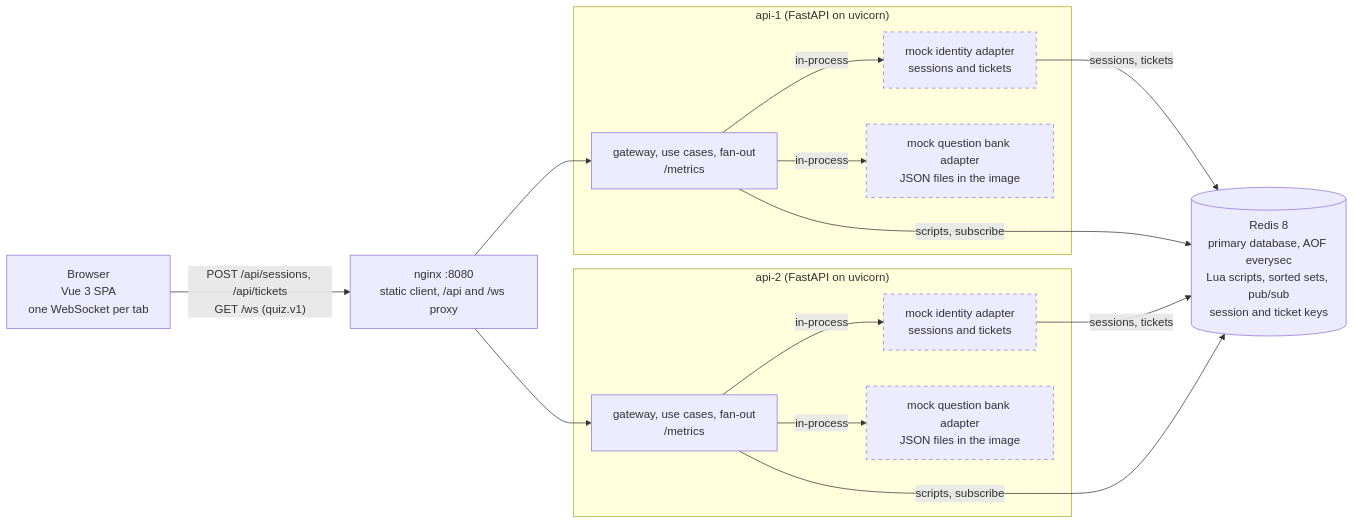
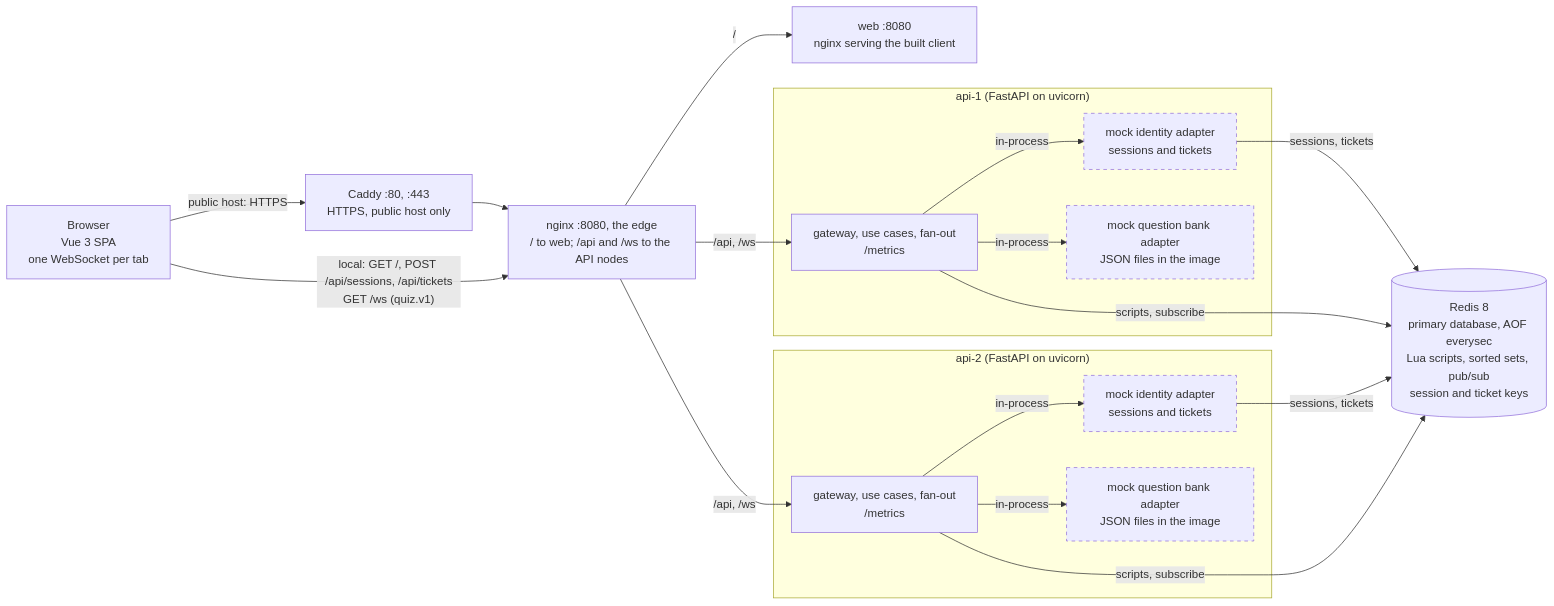
Before and after one commit to kobars/realtime-vocab-quiz: the second of 3 diagrams in DESIGN.md, drawn with Mermaid. The commit also changed other lines of this file, not shown here.

First line of the commit message:
Draw the web container and Caddy in the architecture, and add a maintainability section

````diff
--- a/DESIGN.md
+++ b/DESIGN.md
@@ -104,29 +107,34 @@
 ```mermaid
 flowchart LR
     browser["Browser<br/>Vue 3 SPA<br/>one WebSocket per tab"]
-    nginx["nginx :8080<br/>static client, /api and /ws proxy"]
+    caddy["Caddy :80, :443<br/>HTTPS, public host only"]
+    nginx["nginx :8080, the edge<br/>/ to web; /api and /ws to the API nodes"]
+    web["web :8080<br/>nginx serving the built client"]
     subgraph api1["api-1 (FastAPI on uvicorn)"]
         core1["gateway, use cases, fan-out<br/>/metrics"]
         ids1["mock identity adapter<br/>sessions and tickets"]
         bank1["mock question bank adapter<br/>JSON files in the image"]
     end
     subgraph api2["api-2 (FastAPI on uvicorn)"]
         core2["gateway, use cases, fan-out<br/>/metrics"]
         ids2["mock identity adapter<br/>sessions and tickets"]
         bank2["mock question bank adapter<br/>JSON files in the image"]
     end
     redis[("Redis 8<br/>primary database, AOF everysec<br/>Lua scripts, sorted sets, pub/sub<br/>session and ticket keys")]
-    browser -- "POST /api/sessions, /api/tickets<br/>GET /ws (quiz.v1)" --> nginx
-    nginx --> core1
-    nginx --> core2
+    browser -- "public host: HTTPS" --> caddy
+    caddy --> nginx
+    browser -- "local: GET /, POST /api/sessions, /api/tickets<br/>GET /ws (quiz.v1)" --> nginx
+    nginx -- "/" --> web
+    nginx -- "/api, /ws" --> core1
+    nginx -- "/api, /ws" --> core2
     core1 -- "in-process" --> ids1
     core1 -- "in-process" --> bank1
     core2 -- "in-process" --> ids2
     core2 -- "in-process" --> bank2
     core1 -- "scripts, subscribe" --> redis
     core2 -- "scripts, subscribe" --> redis
     ids1 -- "sessions, tickets" --> redis
     ids2 -- "sessions, tickets" --> redis
     classDef mock stroke-dasharray: 5 5
     class ids1,bank1,ids2,bank2 mock
 ```
````
